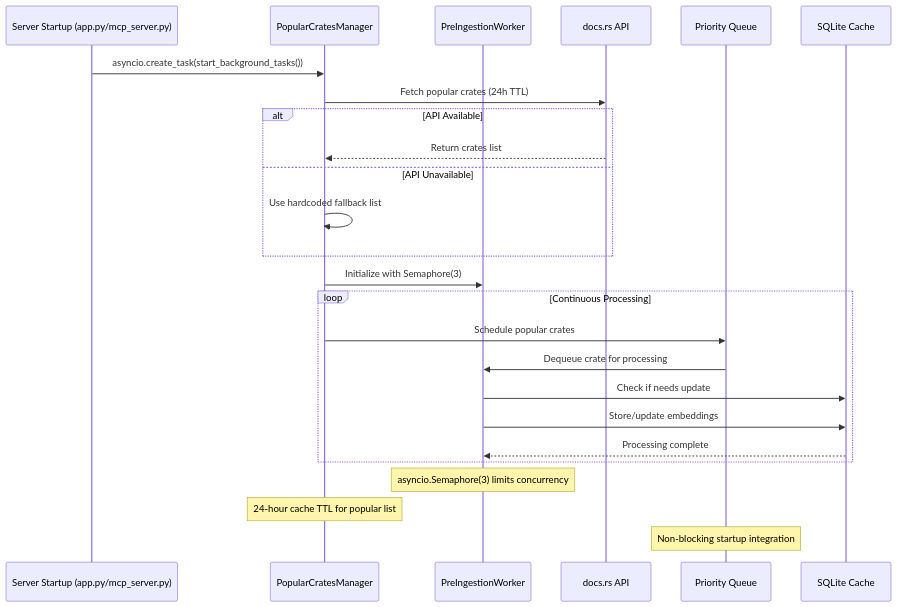
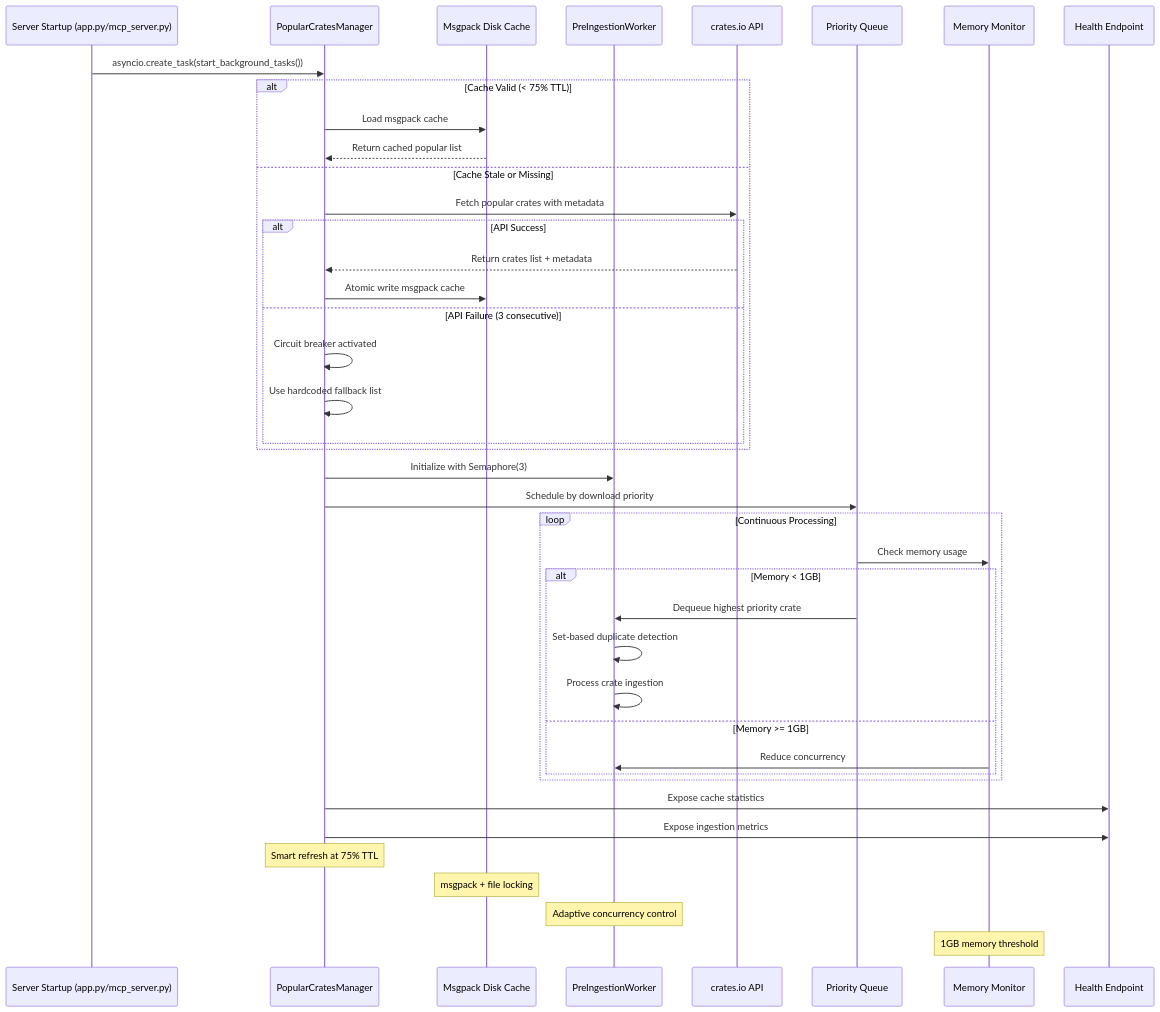
One commit to RimoVR/docsrs-mcp changed diagram 37 of 43 in Architecture.md. Above: the diagram before and after it, drawn with Mermaid. The commit also changed other lines of this file and 10 other files, not shown here.

First line of the commit message:
feat: Implement enhanced popular crates list with persistent caching

````diff
--- a/Architecture.md
+++ b/Architecture.md
@@ -2972,30 +3002,49 @@
 ```mermaid
 sequenceDiagram
     participant Startup as Server Startup (app.py/mcp_server.py)
     participant Manager as PopularCratesManager
+    participant DiskCache as Msgpack Disk Cache
     participant Worker as PreIngestionWorker
-    participant API as docs.rs API
+    participant API as crates.io API
     participant Queue as Priority Queue
-    participant Cache as SQLite Cache
+    participant Monitor as Memory Monitor
+    participant Health as Health Endpoint
     
     Startup->>Manager: asyncio.create_task(start_background_tasks())
-    Manager->>API: Fetch popular crates (24h TTL)
-    alt API Available
-        API-->>Manager: Return crates list
-    else API Unavailable
-        Manager->>Manager: Use hardcoded fallback list
+    
+    alt Cache Valid (< 75% TTL)
+        Manager->>DiskCache: Load msgpack cache
+        DiskCache-->>Manager: Return cached popular list
+    else Cache Stale or Missing
+        Manager->>API: Fetch popular crates with metadata
+        alt API Success
+            API-->>Manager: Return crates list + metadata
+            Manager->>DiskCache: Atomic write msgpack cache
+        else API Failure (3 consecutive)
+            Manager->>Manager: Circuit breaker activated
+            Manager->>Manager: Use hardcoded fallback list
+        end
     end
+    
     Manager->>Worker: Initialize with Semaphore(3)
+    Manager->>Queue: Schedule by download priority
     
     loop Continuous Processing
-        Manager->>Queue: Schedule popular crates
-        Queue->>Worker: Dequeue crate for processing
-        Worker->>Cache: Check if needs update
-        Worker->>Cache: Store/update embeddings
-        Cache-->>Worker: Processing complete
+        Queue->>Monitor: Check memory usage
+        alt Memory < 1GB
+            Queue->>Worker: Dequeue highest priority crate
+            Worker->>Worker: Set-based duplicate detection
+            Worker->>Worker: Process crate ingestion
+        else Memory >= 1GB
+            Monitor->>Worker: Reduce concurrency
+        end
     end
     
-    Note over Worker: asyncio.Semaphore(3) limits concurrency
-    Note over Manager: 24-hour cache TTL for popular list
-    Note over Queue: Non-blocking startup integration
+    Manager->>Health: Expose cache statistics
+    Manager->>Health: Expose ingestion metrics
+    
+    Note over Manager: Smart refresh at 75% TTL
+    Note over DiskCache: msgpack + file locking
+    Note over Worker: Adaptive concurrency control
+    Note over Monitor: 1GB memory threshold
 ```
````
